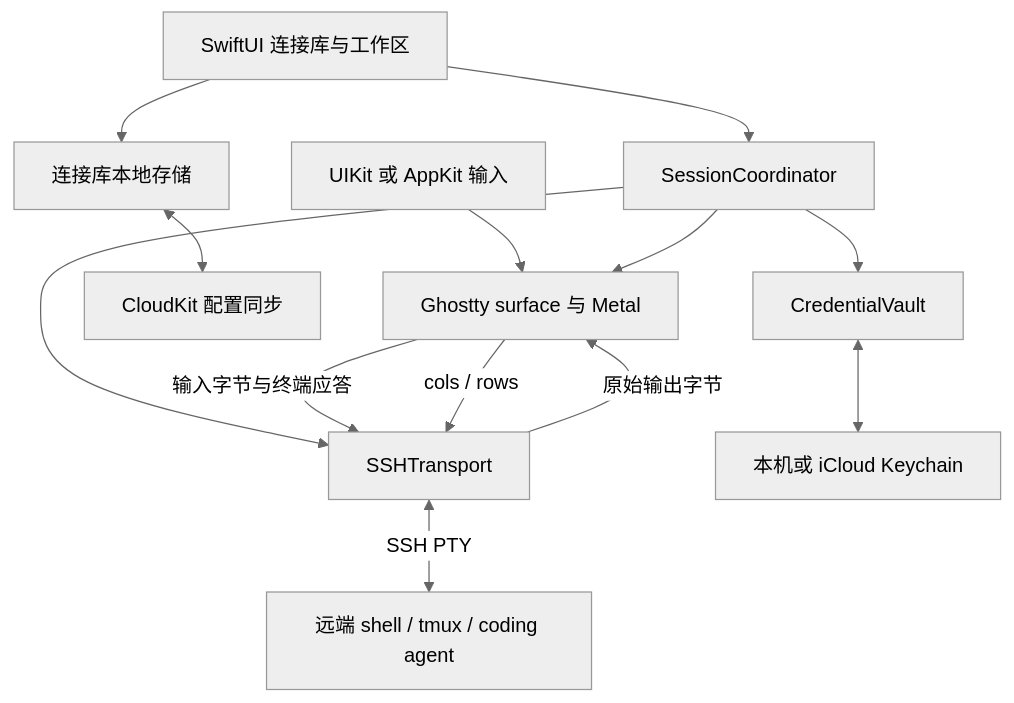
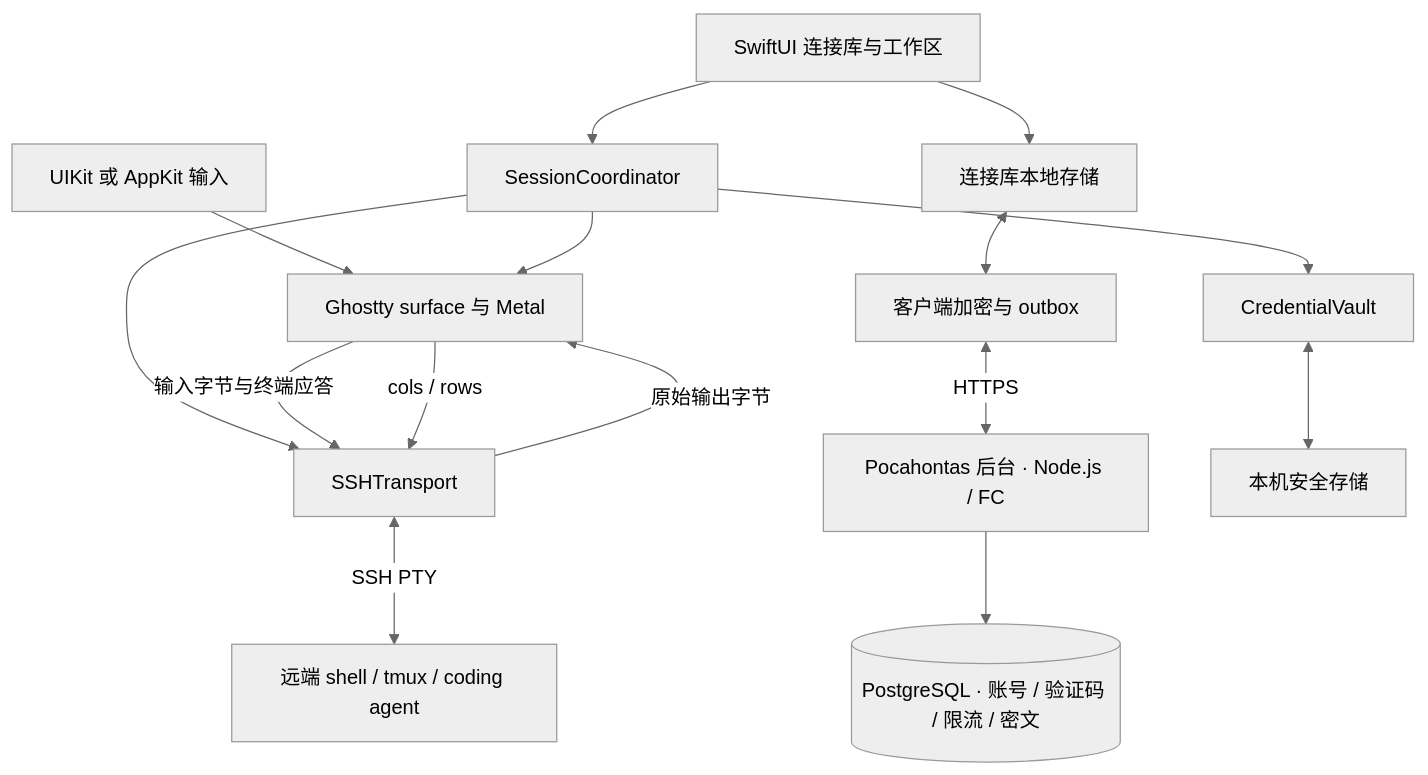
Before and after one commit to rockdai/pocahontas: the diagram in docs/architecture.md, drawn with Mermaid (neutral theme). The commit also changed other lines of this file and 9 other files, not shown here.

````diff
--- a/docs/architecture.md
+++ b/docs/architecture.md
@@ -69,15 +69,17 @@
 ```mermaid
 flowchart TB
     UI[SwiftUI 连接库与工作区] --> Session[SessionCoordinator]
     Input[UIKit 或 AppKit 输入] --> Ghostty[Ghostty surface 与 Metal]
     Session --> Ghostty
     Session --> SSH[SSHTransport]
     Ghostty -->|输入字节与终端应答| SSH
     SSH -->|原始输出字节| Ghostty
     Ghostty -->|cols / rows| SSH
     SSH <-->|SSH PTY| Remote[远端 shell / tmux / coding agent]
     UI --> Store[连接库本地存储]
-    Store <--> CK[CloudKit 配置同步]
+    Store <--> Crypto[客户端加密与 outbox]
+    Crypto <-->|HTTPS| Server[Pocahontas 后台 · Node.js / FC]
+    Server --> PG[(PostgreSQL · 账号 / 验证码 / 限流 / 密文)]
     Session --> Vault[CredentialVault]
-    Vault <--> KC[本机或 iCloud Keychain]
+    Vault <--> KC[本机安全存储]
 ```
````
